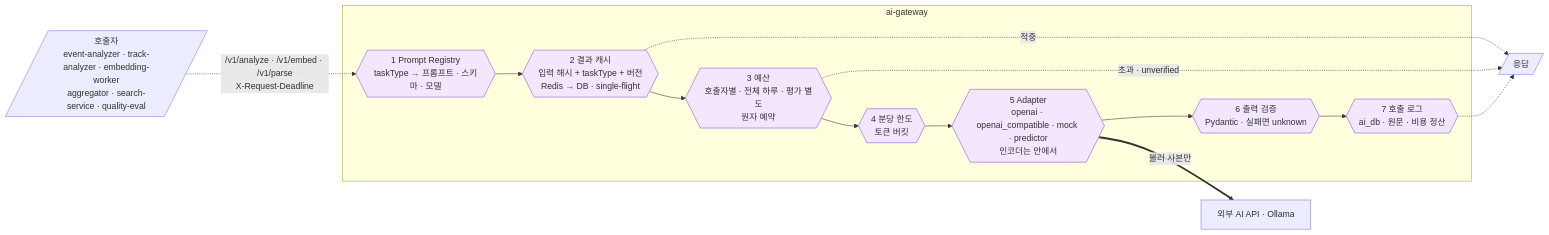
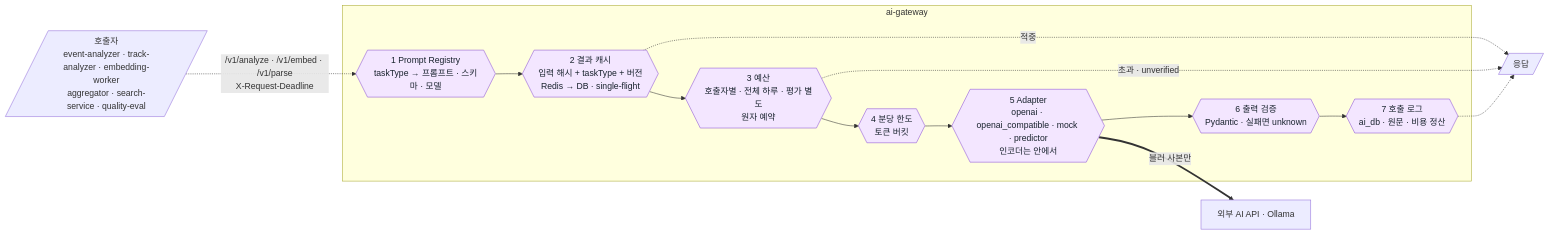
Before and after one commit to p5-3-final/docs: the tenth of 11 diagrams in docs/architecture/architecture.md, drawn with Mermaid. The commit also changed other lines of this file and 1 other file, not shown here.

First line of the commit message:
docs(architecture): 흐름도 노드 글자색을 어둡게 고정해 다크 모드 가독성 확보 (#135)

````diff
--- a/docs/architecture/architecture.md
+++ b/docs/architecture/architecture.md
@@ -653,14 +653,14 @@
 ```mermaid
 flowchart LR
-  classDef gw fill:#f3e6ff,stroke:#8a4fd6
+  classDef gw fill:#f3e6ff,stroke:#8a4fd6,color:#18222d
   IN[/호출자<br/>event-analyzer · track-analyzer · embedding-worker<br/>aggregator · search-service · quality-eval/] -.->|/v1/analyze · /v1/embed · /v1/parse<br/>X-Request-Deadline| R
   subgraph G[ai-gateway]
     R{{1 Prompt Registry<br/>taskType → 프롬프트 · 스키마 · 모델}}:::gw --> C{{2 결과 캐시<br/>입력 해시 + taskType + 버전<br/>Redis → DB · single-flight}}:::gw
     C --> B{{3 예산<br/>호출자별 · 전체 하루 · 평가 별도<br/>원자 예약}}:::gw --> T{{4 분당 한도<br/>토큰 버킷}}:::gw
     T --> A{{5 Adapter<br/>openai · openai_compatible · mock · predictor<br/>인코더는 안에서}}:::gw --> V{{6 출력 검증<br/>Pydantic · 실패면 unknown}}:::gw --> L{{7 호출 로그<br/>ai_db · 원문 · 비용 정산}}:::gw
   end
   A ==>|블러 사본만| EXT[외부 AI API · Ollama]
   C -.->|적중| OUT[/응답/]
   B -.->|초과 · unverified| OUT
   L -.-> OUT
 ```
````
